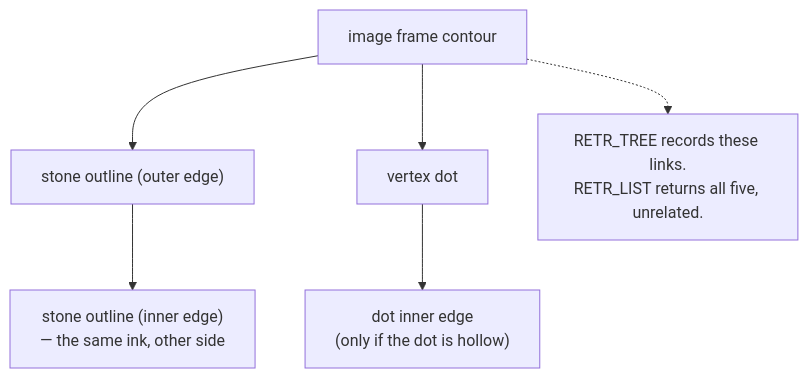
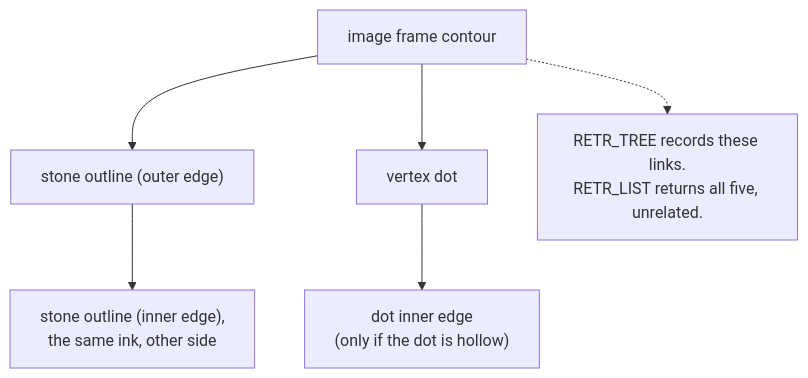
Before and after one commit to jennarbates/StratigraphyGenerator: the diagram in docs/cs/contour-hierarchy.md, drawn with Mermaid. The commit also changed other lines of this file and 309 other files, not shown here.

````diff
--- a/docs/cs/contour-hierarchy.md
+++ b/docs/cs/contour-hierarchy.md
@@ -48,9 +48,9 @@
 ```mermaid
 flowchart TB
   Frame["image frame contour"]
   Frame --> Stone["stone outline (outer edge)"]
-  Stone --> StoneIn["stone outline (inner edge)<br/>— the same ink, other side"]
+  Stone --> StoneIn["stone outline (inner edge),<br/>the same ink, other side"]
   Frame --> Dot["vertex dot"]
   Dot --> DotIn["dot inner edge<br/>(only if the dot is hollow)"]
   Frame -.-> Note["RETR_TREE records these links.<br/>RETR_LIST returns all five, unrelated."]
 ```
````
